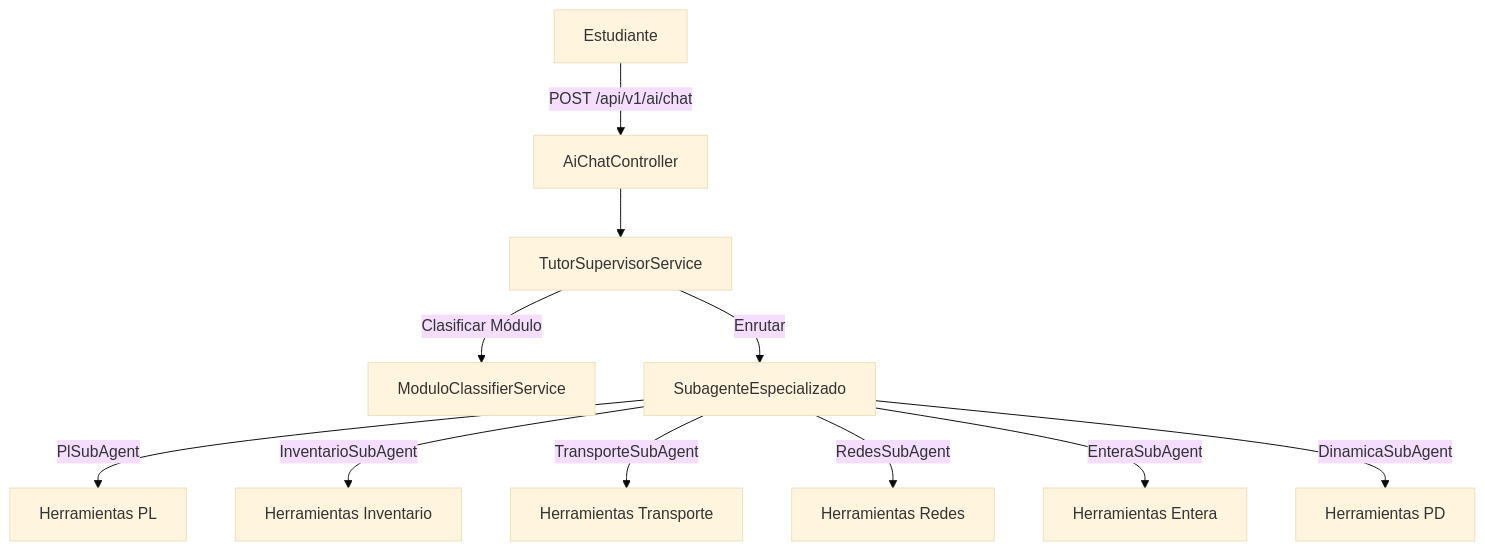
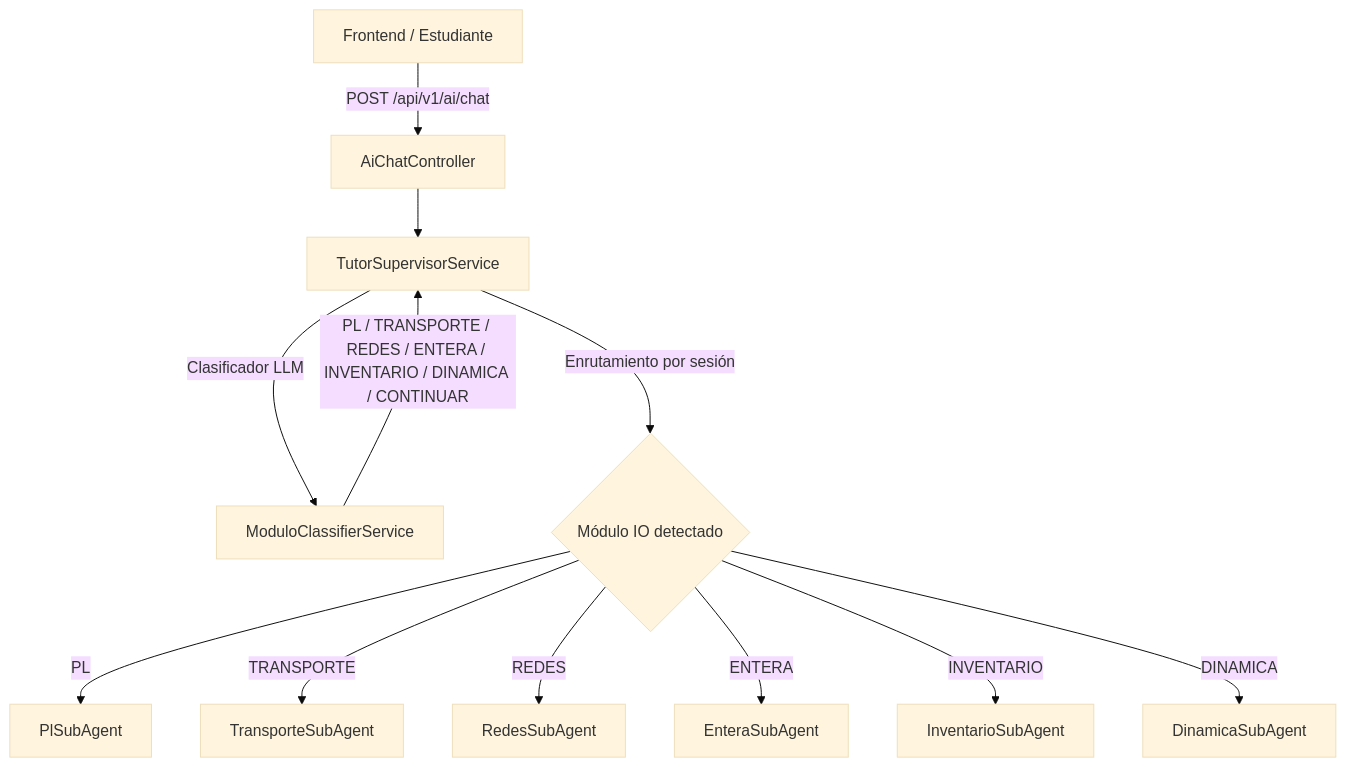
One commit to jpmorillom1/io-project changed the second of 5 diagrams in INFORME.md. Above: the diagram before and after it, drawn with Mermaid (base theme). The commit also changed other lines of this file and 13 other files, not shown here.

````diff
--- a/INFORME.md
+++ b/INFORME.md
@@ -530,14 +432,15 @@
 ```mermaid
 graph TD
-    Estudiante -->|POST /api/v1/ai/chat| AiChatController
-    AiChatController --> TutorSupervisorService
-    TutorSupervisorService -->|Clasificar Módulo| ModuloClassifierService
-    TutorSupervisorService -->|Enrutar| SubagenteEspecializado
-    
-    SubagenteEspecializado -->|PlSubAgent| PL[Herramientas PL]
-    SubagenteEspecializado -->|InventarioSubAgent| INV[Herramientas Inventario]
-    SubagenteEspecializado -->|TransporteSubAgent| TR[Herramientas Transporte]
-    SubagenteEspecializado -->|RedesSubAgent| RD[Herramientas Redes]
-    SubagenteEspecializado -->|EnteraSubAgent| ENT[Herramientas Entera]
-    SubagenteEspecializado -->|DinamicaSubAgent| DIN[Herramientas PD]
+    Client[Frontend / Estudiante] -->|POST /api/v1/ai/chat| Controller[AiChatController]
+    Controller --> Supervisor[TutorSupervisorService]
+    Supervisor -->|Clasificador LLM| Classifier[ModuloClassifierService]
+    Classifier -->|PL / TRANSPORTE / REDES / ENTERA / INVENTARIO / DINAMICA / CONTINUAR| Supervisor
+    Supervisor -->|Enrutamiento por sesión| Router{Módulo IO detectado}
+
+    Router -->|PL| PlAgent[PlSubAgent]
+    Router -->|TRANSPORTE| TransAgent[TransporteSubAgent]
+    Router -->|REDES| RedAgent[RedesSubAgent]
+    Router -->|ENTERA| EntAgent[EnteraSubAgent]
+    Router -->|INVENTARIO| InvAgent[InventarioSubAgent]
+    Router -->|DINAMICA| DinAgent[DinamicaSubAgent]
 ```
````
